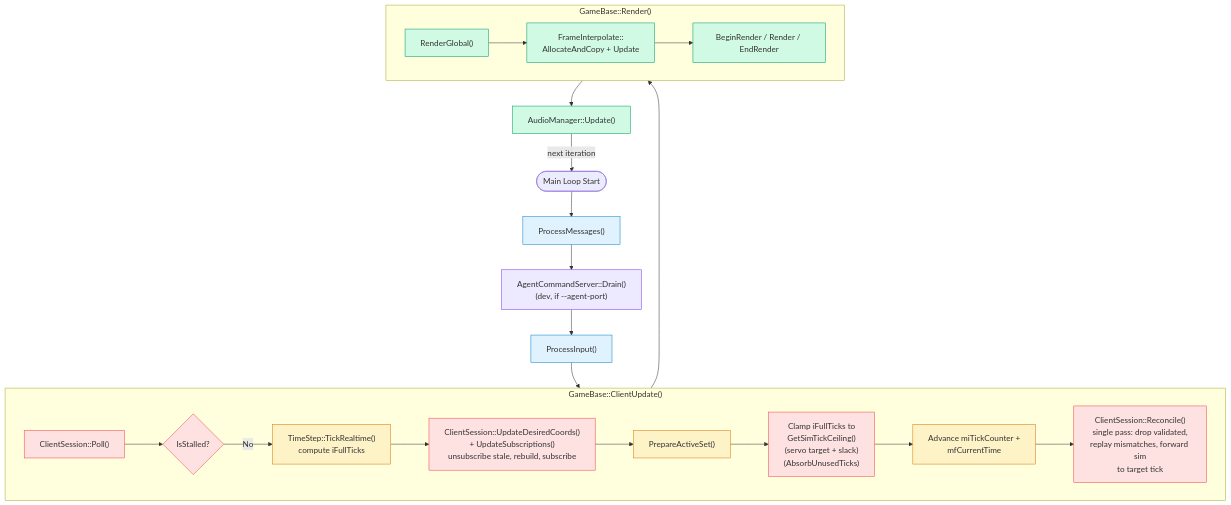
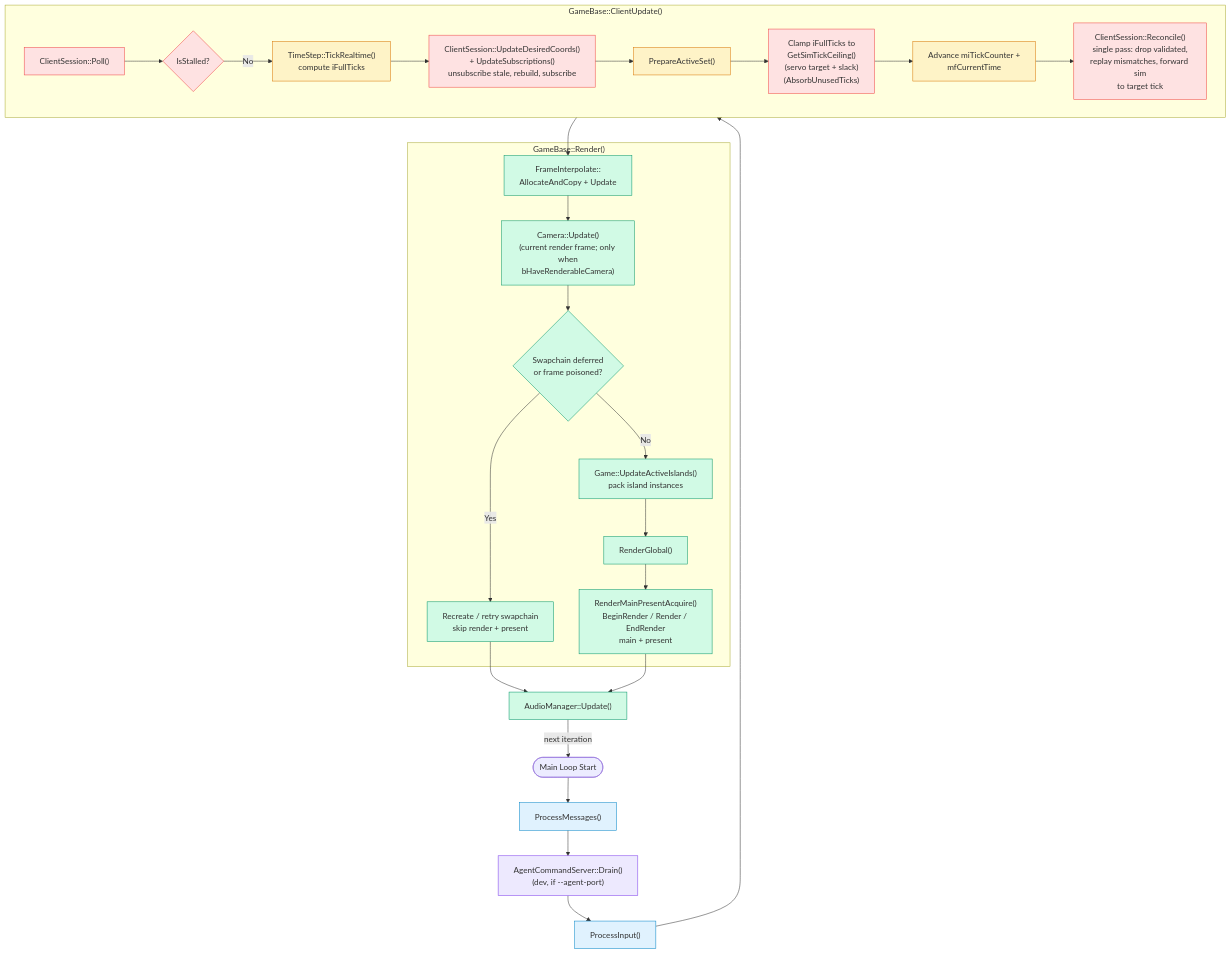
Before and after one commit to DougTanner/BrokenEnginePublic: the second of 5 diagrams in Documents/Architecture/FrameUpdatePipeline.md, drawn with Mermaid. The commit also changed 11 other files, not shown here.

````diff
--- a/Documents/Architecture/FrameUpdatePipeline.md
+++ b/Documents/Architecture/FrameUpdatePipeline.md
@@ -54,46 +54,54 @@
 ```mermaid
 %%{init: {'theme': 'default'}}%%
 flowchart TD
     classDef input fill:#e0f2fe,stroke:#0284c7
     classDef physics fill:#fef3c7,stroke:#d97706
     classDef network fill:#fee2e2,stroke:#ef4444
     classDef render fill:#d1fae5,stroke:#059669
     classDef agent fill:#ede9fe,stroke:#7c3aed
 
     start(["Main Loop Start"])
 
     msgs["ProcessMessages()"]:::input
 
     agent_drain["AgentCommandServer::Drain()<br/>(dev, if --agent-port)"]:::agent
 
     preupdate["ProcessInput()"]:::input
 
     subgraph tick_frames ["GameBase::ClientUpdate()"]
         poll["ClientSession::Poll()"]:::network
         stall_check{"IsStalled?"}:::network
         poll --> stall_check
 
         ts["TimeStep::TickRealtime()<br/>compute iFullTicks"]:::physics
         subs["ClientSession::UpdateDesiredCoords()<br/>+ UpdateSubscriptions()<br/>unsubscribe stale, rebuild, subscribe"]:::network
         prepare_active["PrepareActiveSet()"]:::physics
         clamp["Clamp iFullTicks to<br/>GetSimTickCeiling()<br/>(servo target + slack)<br/>(AbsorbUnusedTicks)"]:::network
         advance["Advance miTickCounter +<br/>mfCurrentTime"]:::physics
         reconcile["ClientSession::Reconcile()<br/>single pass: drop validated,<br/>replay mismatches, forward sim<br/>to target tick"]:::network
 
         stall_check -->|No| ts --> subs --> prepare_active --> clamp --> advance --> reconcile
     end
 
     subgraph render_method ["GameBase::Render()"]
+        r_interp["FrameInterpolate::<br/>AllocateAndCopy + Update"]:::render
+        r_camera["Camera::Update()<br/>(current render frame; only when<br/>bHaveRenderableCamera)"]:::render
+        r_swapchain{"Swapchain deferred<br/>or frame poisoned?"}:::render
+        r_skip["Recreate / retry swapchain<br/>skip render + present"]:::render
+        r_islands["Game::UpdateActiveIslands()<br/>pack island instances"]:::render
         r_global["RenderGlobal()"]:::render
-        r_interp["FrameInterpolate::<br/>AllocateAndCopy + Update"]:::render
-        r_render["BeginRender / Render / EndRender"]:::render
+        r_render["RenderMainPresentAcquire()<br/>BeginRender / Render / EndRender<br/>main + present"]:::render
 
-        r_global --> r_interp --> r_render
+        r_interp --> r_camera --> r_swapchain
+        r_swapchain -->|Yes| r_skip
+        r_swapchain -->|No| r_islands --> r_global --> r_render
     end
 
     audio["AudioManager::Update()"]:::render
 
     start --> msgs --> agent_drain --> preupdate --> tick_frames
-    tick_frames --> render_method --> audio
+    tick_frames --> r_interp
+    r_skip --> audio
+    r_render --> audio
     audio -->|next iteration| start
 ```
````
